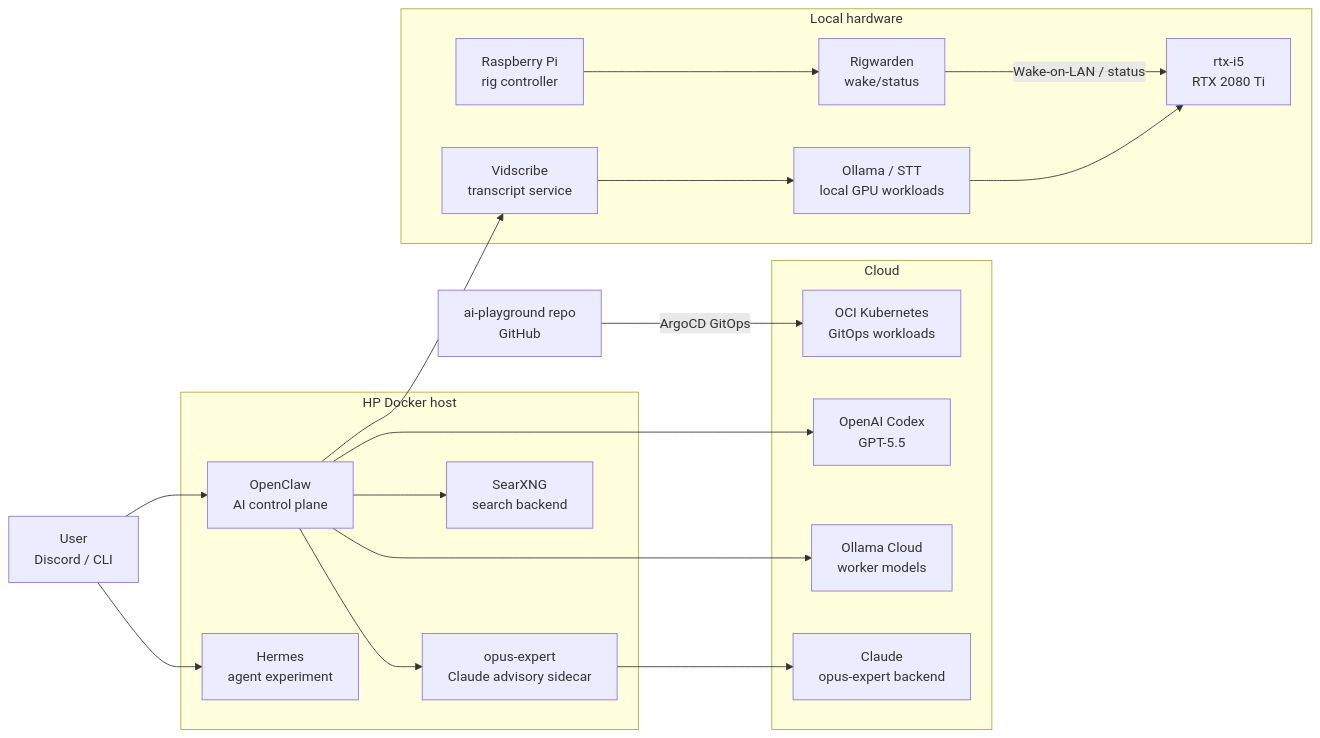
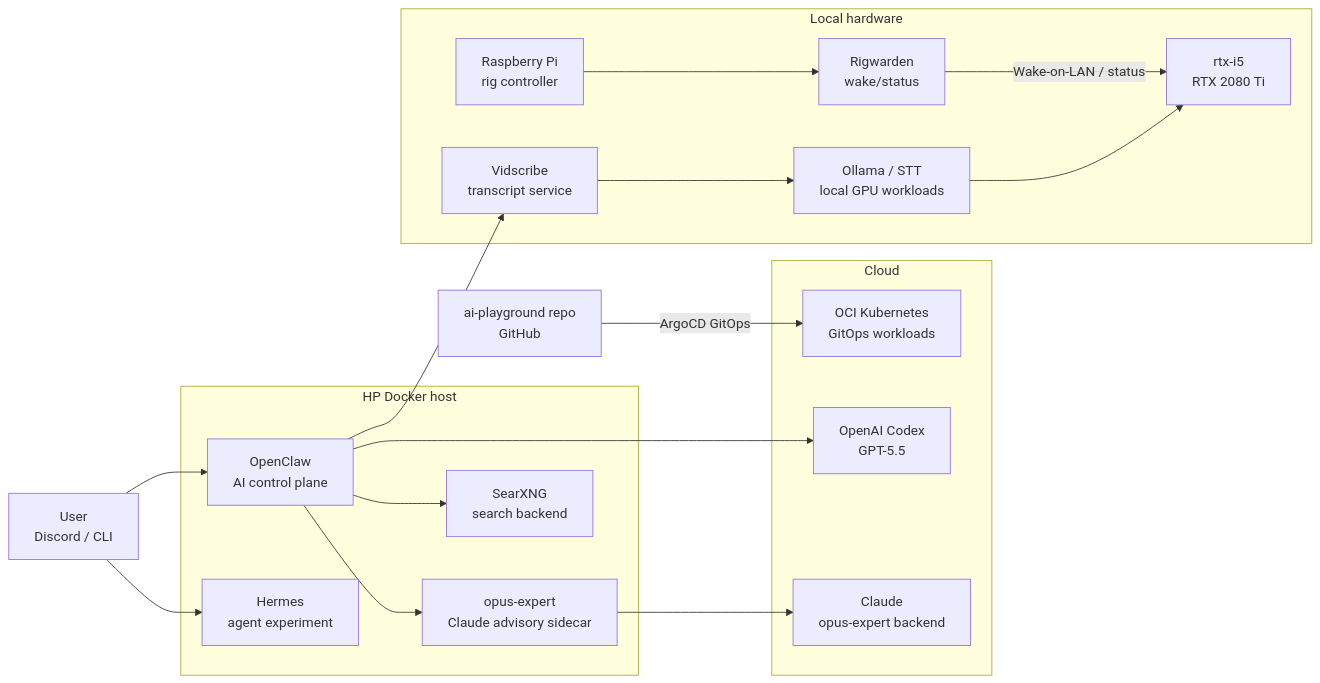
One commit to maslankalm/ai-playground changed the diagram in homelab/README.md. Above: the diagram before and after it, drawn with Mermaid. The commit also changed other lines of this file and 1 other file, not shown here.

````diff
--- a/homelab/README.md
+++ b/homelab/README.md
@@ -13,41 +13,39 @@
 ```mermaid
 flowchart LR
     USER["User<br/>Discord / CLI"]
     REPO["ai-playground repo<br/>GitHub"]
 
     subgraph Cloud["Cloud"]
         K8S["OCI Kubernetes<br/>GitOps workloads"]
         OPENAI["OpenAI Codex<br/>GPT-5.5"]
-        OLLAMA_CLOUD["Ollama Cloud<br/>worker models"]
         CLAUDE["Claude<br/>opus-expert backend"]
     end
 
     subgraph HP["HP Docker host"]
         OC["OpenClaw<br/>AI control plane"]
         HM["Hermes<br/>agent experiment"]
         OE["opus-expert<br/>Claude advisory sidecar"]
         SX["SearXNG<br/>search backend"]
     end
 
     subgraph Local["Local hardware"]
         PI["Raspberry Pi<br/>rig controller"]
         RW["Rigwarden<br/>wake/status"]
         RTX["rtx-i5<br/>RTX 2080 Ti"]
         VS["Vidscribe<br/>transcript service"]
         OLLAMA_LOCAL["Ollama / STT<br/>local GPU workloads"]
     end
 
     USER --> OC
     USER --> HM
     REPO -->|ArgoCD GitOps| K8S
     OC --> OPENAI
-    OC --> OLLAMA_CLOUD
     OC --> OE
     OC --> SX
     OE --> CLAUDE
     PI --> RW
     RW -->|Wake-on-LAN / status| RTX
     OC --> VS
     VS --> OLLAMA_LOCAL
     OLLAMA_LOCAL --> RTX
 ```
````
